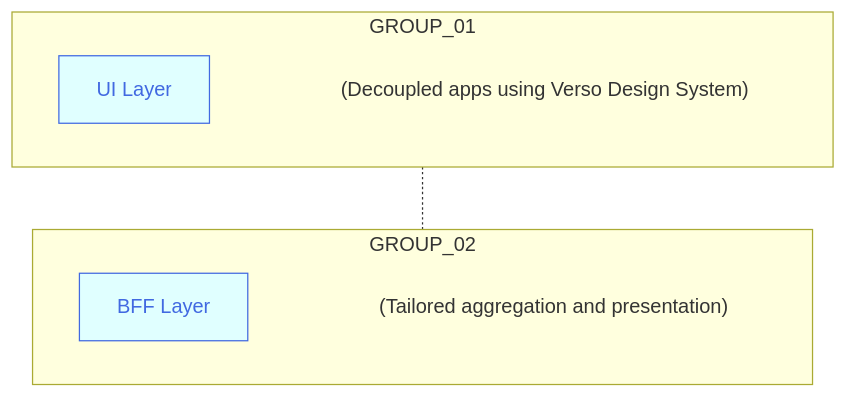
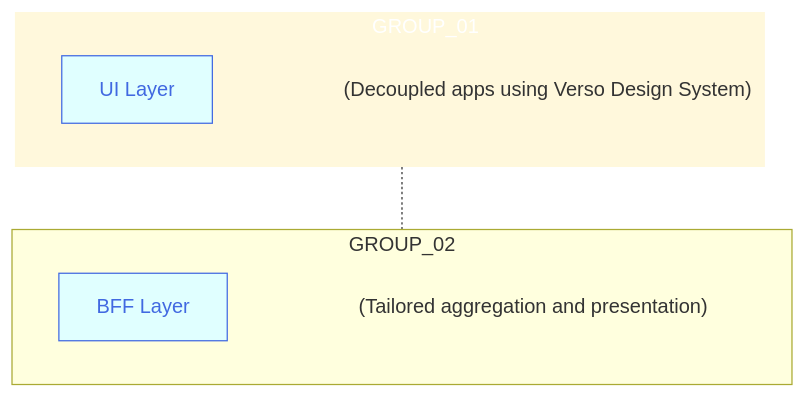
The diagram in buttons_mermaid_v5.md (joe-dorward/samples), drawn with Mermaid before and after one commit.

````diff
--- a/buttons_mermaid_v5.md
+++ b/buttons_mermaid_v5.md
@@ -3,39 +3,41 @@
 ```mermaid
   %%{
     init: {
       "flowchart": { "markdownAutoWrap":"false", "textWrap":"false", "wrappingWidth": "100%" }
     }
   }%%
   flowchart TD
 
   classDef Button fill:lightcyan, stroke:royalblue, color:royalblue;
   classDef Note fill:transparent, stroke-width:0px
   %% ---------- ---------- ---------- ---------- ---------- ---------- ---------- ---------- ---------- ----------
   subgraph GROUP_01
     direction LR
 
     BUTTON_01_NOTE["(Decoupled apps using Verso Design System)"]:::Note
     BUTTON_01["UI Layer"]:::Button
     click BUTTON_01 "https://en.wikipedia.org/wiki/Main_Page" _blank
 
     BUTTON_01~~~
     BUTTON_01_NOTE
   end
   %% ---------- ---------- ---------- ---------- ---------- ---------- ---------- ---------- ---------- ----------
   subgraph GROUP_02
     direction LR
 
     BUTTON_02_NOTE["(Tailored aggregation and presentation)"]:::Note
     BUTTON_02["BFF Layer"]:::Button
     click BUTTON_02 "https://en.wikipedia.org/wiki/Main_Page" _blank
 
     BUTTON_02~~~
     BUTTON_02_NOTE
   end
   %% ---------- ---------- ---------- ---------- ---------- ---------- ---------- ---------- ---------- ----------
 
 GROUP_01-.-GROUP_02
 
 %%BUTTON_01-->BUTTON_02
 
+  style GROUP_01 fill:cornsilk, color:white, stroke-width:0px, width: 600px
+
 ```
````
